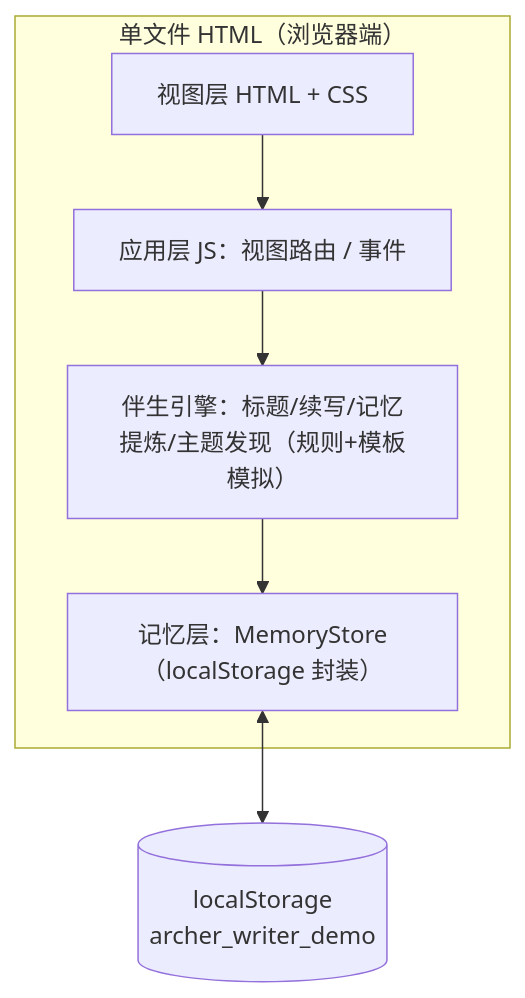
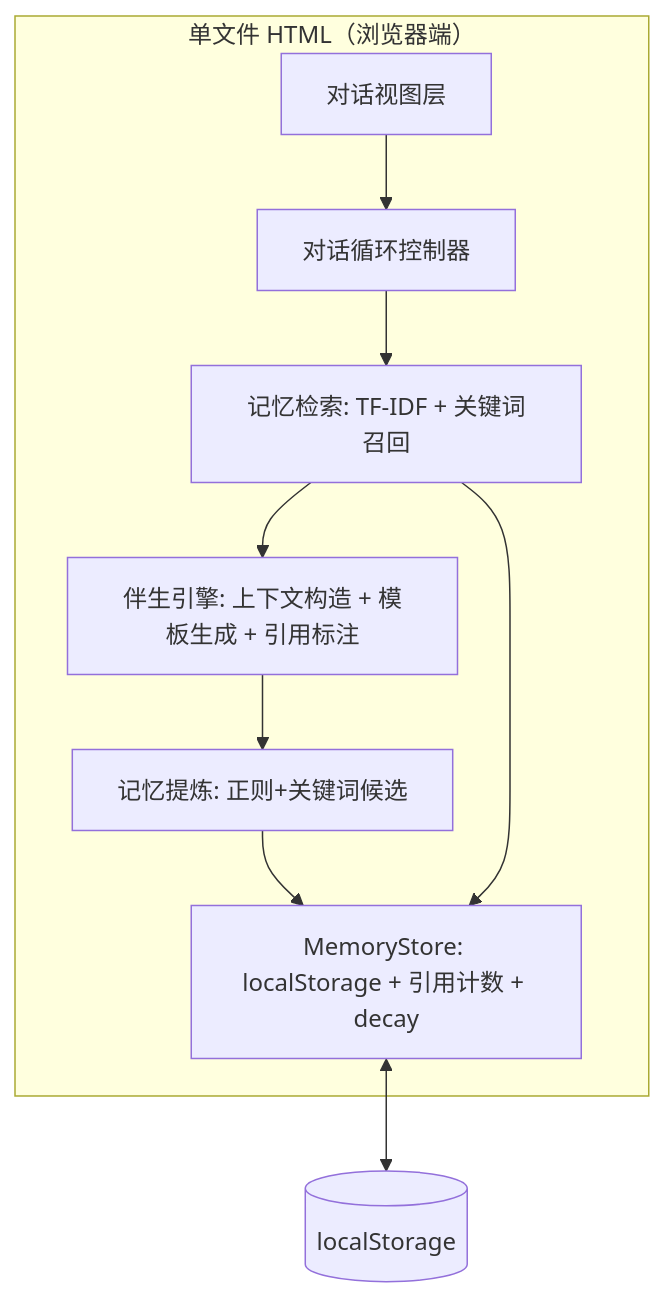
One commit to Yivxer/Archer changed the diagram in .trae/documents/tech-architecture.md. Above: the diagram before and after it, drawn with Mermaid. The commit also changed other lines of this file and 2 other files, not shown here.

````diff
--- a/.trae/documents/tech-architecture.md
+++ b/.trae/documents/tech-architecture.md
@@ -7,15 +7,20 @@
 ```mermaid
 flowchart TD
     subgraph FE["单文件 HTML（浏览器端）"]
-        UI["视图层 HTML + CSS"]
-        APP["应用层 JS：视图路由 / 事件"]
-        ENG["伴生引擎：标题/续写/记忆提炼/主题发现（规则+模板模拟）"]
-        MEM["记忆层：MemoryStore（localStorage 封装）"]
+        UI["对话视图层"]
+        APP["对话循环控制器"]
+        RET["记忆检索: TF-IDF + 关键词召回"]
+        GEN["伴生引擎: 上下文构造 + 模板生成 + 引用标注"]
+        EXT["记忆提炼: 正则+关键词候选"]
+        MEM["MemoryStore: localStorage + 引用计数 + decay"]
     end
-    LS[("localStorage\narcher_writer_demo")]
+    LS[("localStorage")]
 
     UI --> APP
-    APP --> ENG
-    ENG --> MEM
+    APP --> RET
+    RET --> GEN
+    GEN --> EXT
+    EXT --> MEM
     MEM <--> LS
+    RET --> MEM
 ```
````
